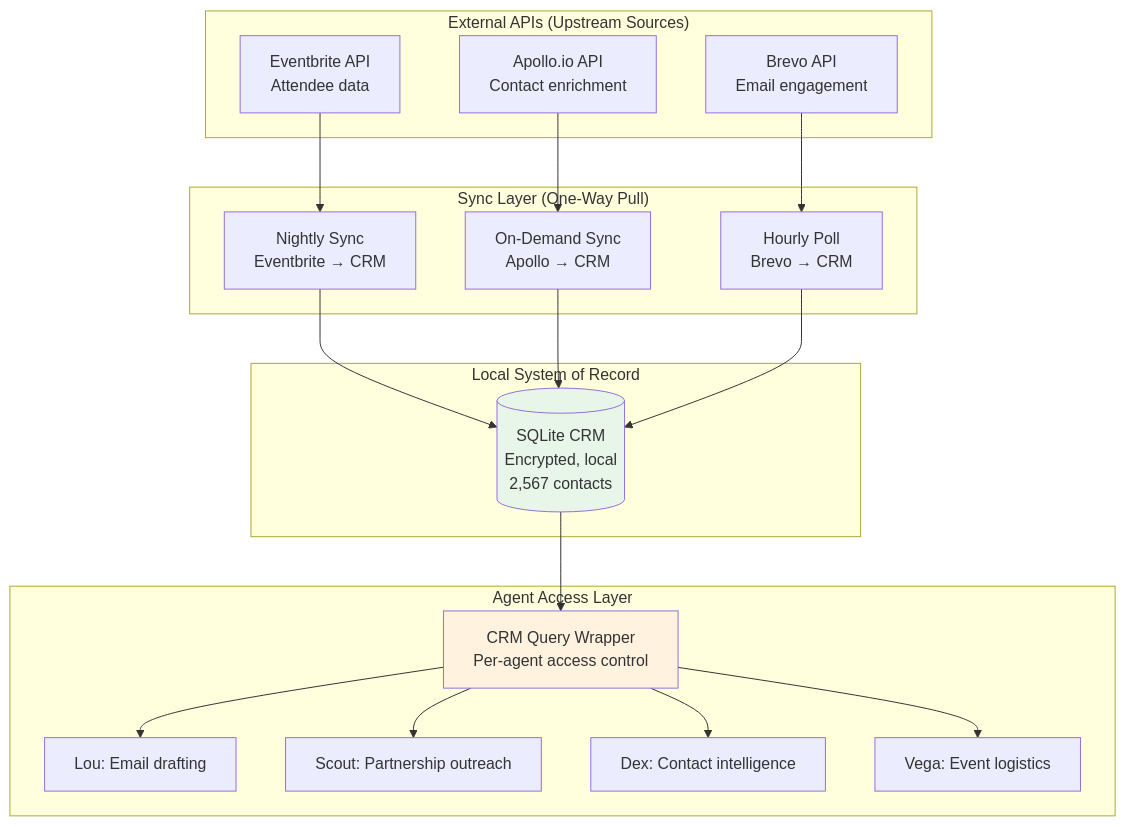
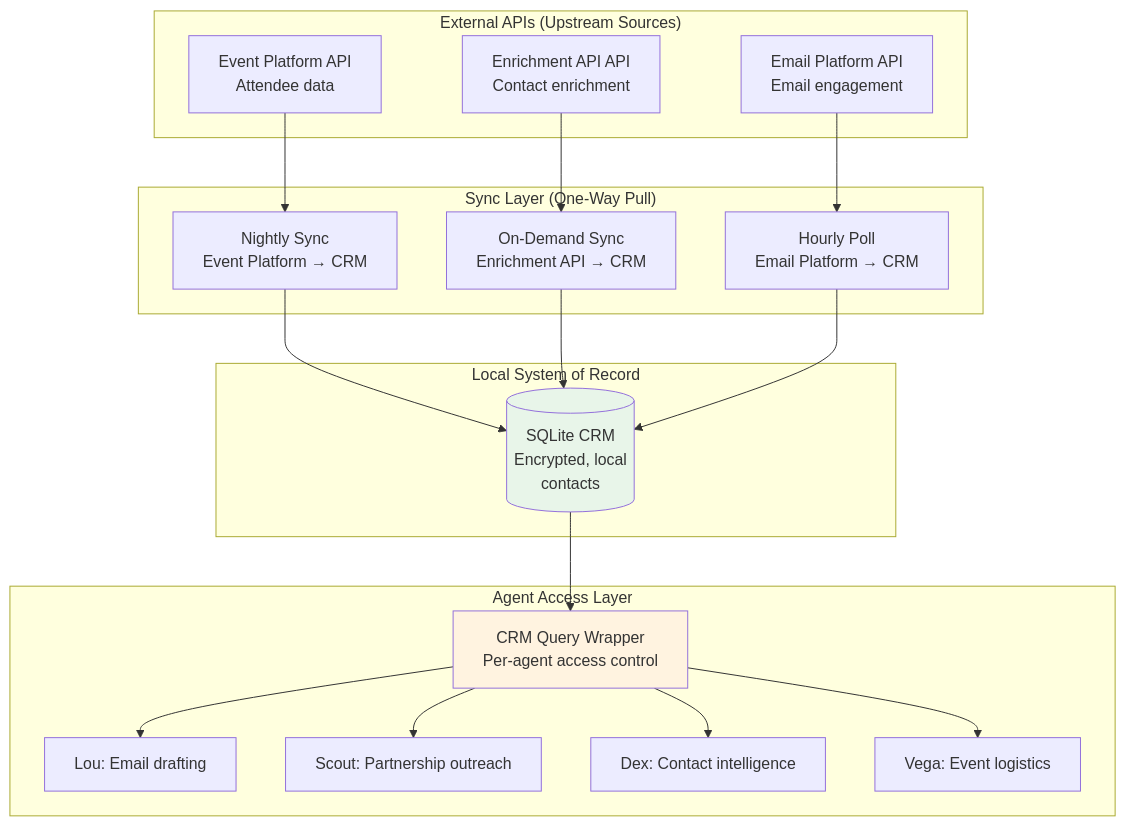
Before and after one commit to cloudnirvana/open-patterns: the diagram in patterns/production-readiness/local-first-data-architecture.md, drawn with Mermaid. The commit also changed other lines of this file, not shown here.

First line of the commit message:
Scrub proprietary details from Local-First Data Architecture pattern

````diff
--- a/patterns/production-readiness/local-first-data-architecture.md
+++ b/patterns/production-readiness/local-first-data-architecture.md
@@ -86,43 +86,43 @@
 ```mermaid
 graph TB
     subgraph "External APIs (Upstream Sources)"
-        EB[Eventbrite API<br>Attendee data]
-        AP[Apollo.io API<br>Contact enrichment]
-        BR[Brevo API<br>Email engagement]
+        EB[Event Platform API<br>Attendee data]
+        AP[Enrichment API API<br>Contact enrichment]
+        BR[Email Platform API<br>Email engagement]
     end
     
     subgraph "Sync Layer (One-Way Pull)"
-        S1[Nightly Sync<br>Eventbrite → CRM]
-        S2[On-Demand Sync<br>Apollo → CRM]
-        S3[Hourly Poll<br>Brevo → CRM]
+        S1[Nightly Sync<br>Event Platform → CRM]
+        S2[On-Demand Sync<br>Enrichment API → CRM]
+        S3[Hourly Poll<br>Email Platform → CRM]
     end
     
     subgraph "Local System of Record"
-        CRM[(SQLite CRM<br>Encrypted, local<br>2,567 contacts)]
+        CRM[(SQLite CRM<br>Encrypted, local<br>contacts)]
     end
     
     subgraph "Agent Access Layer"
         W1[CRM Query Wrapper<br>Per-agent access control]
         A1[Lou: Email drafting]
         A2[Scout: Partnership outreach]
         A3[Dex: Contact intelligence]
         A4[Vega: Event logistics]
     end
     
     EB --> S1
     AP --> S2
     BR --> S3
     
     S1 --> CRM
     S2 --> CRM
     S3 --> CRM
     
     CRM --> W1
     W1 --> A1
     W1 --> A2
     W1 --> A3
     W1 --> A4
     
     style CRM fill:#e8f5e9
     style W1 fill:#fff3e0
 ```
````
